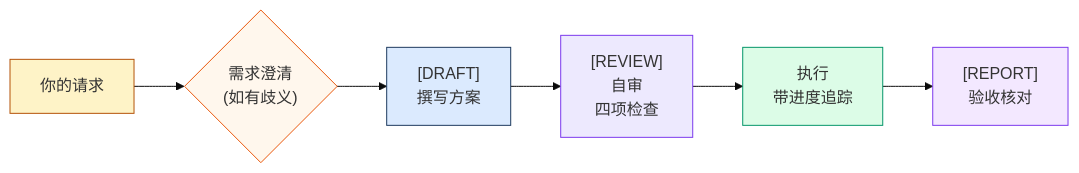
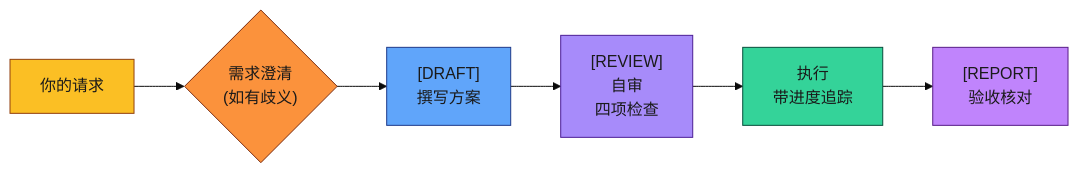
One commit to shiqkuangsan/oh-my-daily-skills changed the third of 6 diagrams in docs/ming-court-code/guide_cn.md. Above: the diagram before and after it, drawn with Mermaid (base theme). The commit also changed other lines of this file and 1 other file, not shown here.

First line of the commit message:
style(ming-court-code): boost Mermaid diagram colors for GitHub dark mode

````diff
--- a/docs/ming-court-code/guide_cn.md
+++ b/docs/ming-court-code/guide_cn.md
@@ -91,15 +91,15 @@
 ```mermaid
 graph LR
     E["你的请求"] --> Q{"需求澄清<br/>(如有歧义)"}
     Q --> D["[DRAFT]<br/>撰写方案"]
     D --> V["[REVIEW]<br/>自审<br/>四项检查"]
     V --> X["执行<br/>带进度追踪"]
     X --> R["[REPORT]<br/>验收核对"]
 
-    style E fill:#fef3c7,stroke:#b45309
-    style Q fill:#fff7ed,stroke:#ea580c
-    style D fill:#dbeafe,stroke:#1e3a5f
-    style V fill:#ede9fe,stroke:#7c3aed
-    style X fill:#dcfce7,stroke:#059669
-    style R fill:#f3e8ff,stroke:#7c3aed
+    style E fill:#fbbf24,stroke:#92400e,color:#1a1a1a
+    style Q fill:#fb923c,stroke:#7c2d12,color:#1a1a1a
+    style D fill:#60a5fa,stroke:#1e3a8a,color:#1a1a1a
+    style V fill:#a78bfa,stroke:#4c1d95,color:#1a1a1a
+    style X fill:#34d399,stroke:#064e3b,color:#1a1a1a
+    style R fill:#c084fc,stroke:#581c87,color:#1a1a1a
 ```
````
